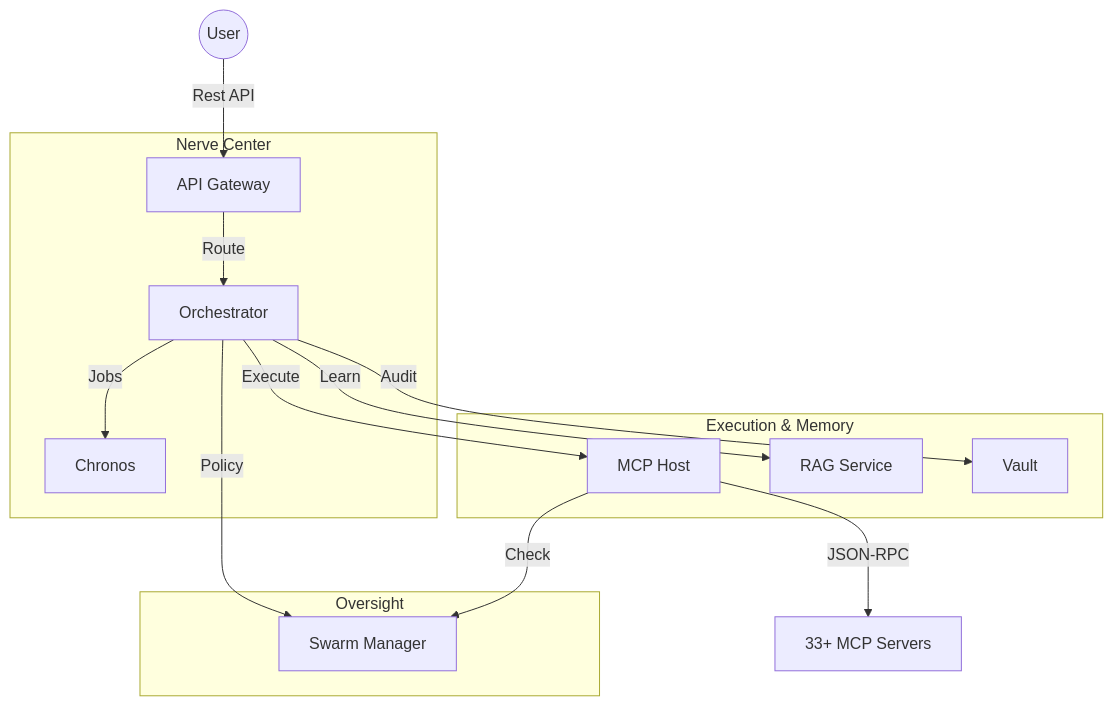
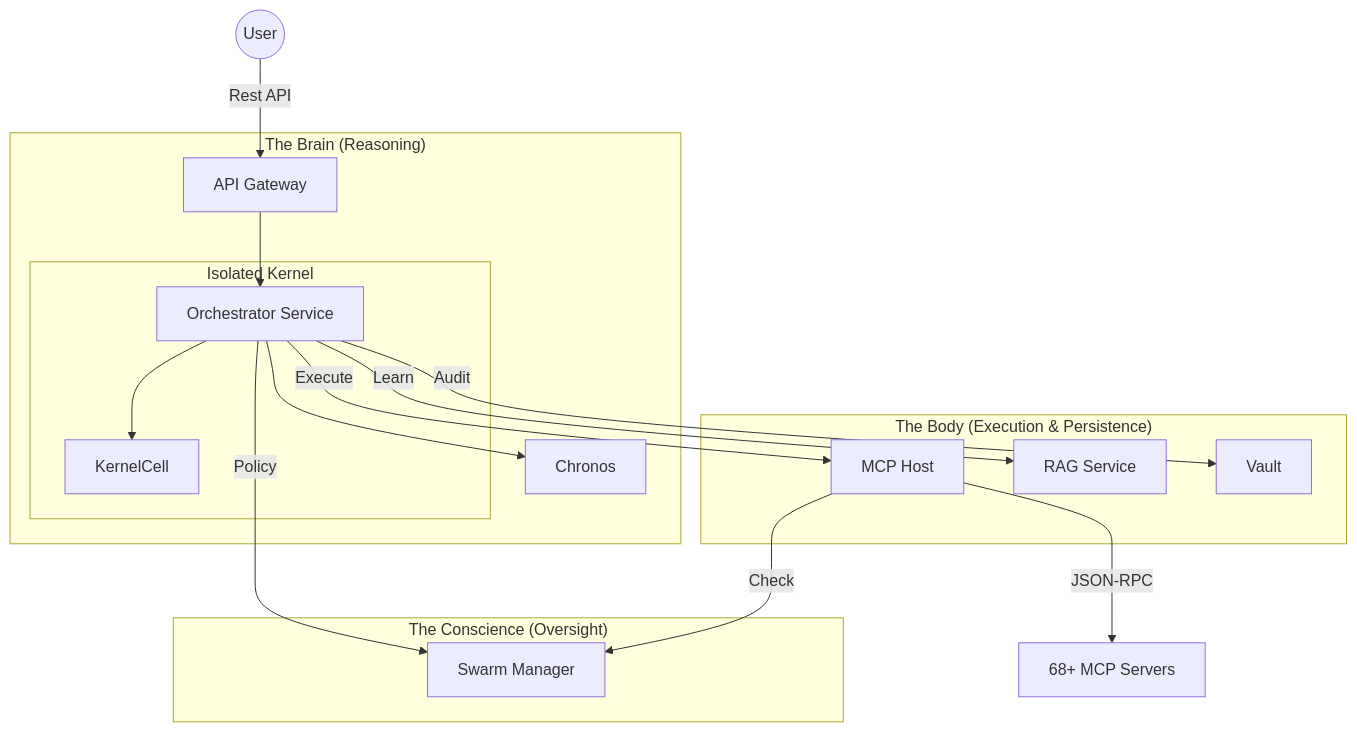
One commit to azzindani/Kea changed the diagram in services/README.md. Above: the diagram before and after it, drawn with Mermaid. The commit also changed other lines of this file and 60 other files, not shown here.

````diff
--- a/services/README.md
+++ b/services/README.md
@@ -16,22 +18,25 @@
 ```mermaid
 graph TD
     User((User)) -->|Rest API| Gateway[API Gateway]
     
-    subgraph "Nerve Center"
-        Gateway -->|Route| Orchestrator[Orchestrator]
-        Orchestrator -->|Jobs| Chronos[Chronos]
+    subgraph "The Brain (Reasoning)"
+        Gateway --> Orchestrator[Orchestrator Service]
+        subgraph Kernel [Isolated Kernel]
+            Orchestrator --> Cell[KernelCell]
+        end
+        Orchestrator --> Chronos[Chronos]
     end
     
-    subgraph "Execution & Memory"
+    subgraph "The Body (Execution & Persistence)"
         Orchestrator -->|Execute| Host[MCP Host]
         Orchestrator -->|Learn| RAG[RAG Service]
         Orchestrator -->|Audit| Vault[Vault]
     end
     
-    subgraph "Oversight"
+    subgraph "The Conscience (Oversight)"
         Host -->|Check| Manager[Swarm Manager]
         Orchestrator -->|Policy| Manager
     end
     
-    Host -->|JSON-RPC| Tools[33+ MCP Servers]
+    Host -->|JSON-RPC| Tools[68+ MCP Servers]
 ```
````
